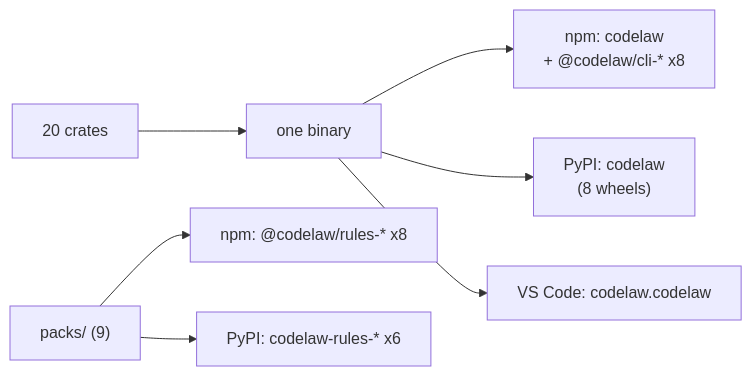
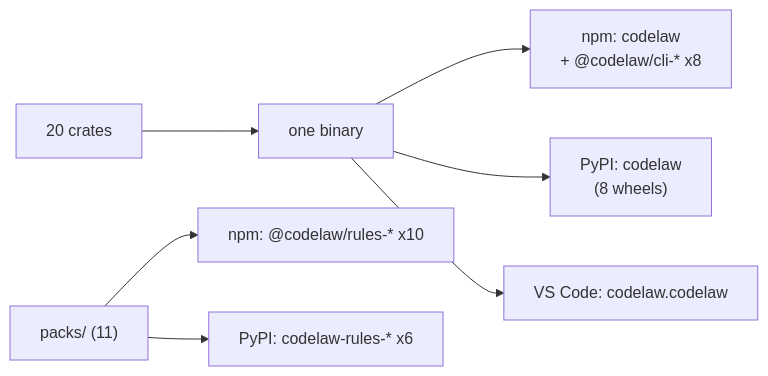
One commit to arpitarya/codelaw changed the diagram in records/0107_packages.md. Above: the diagram before and after it, drawn with Mermaid. The commit also changed other lines of this file and 60 other files, not shown here.

First line of the commit message:
W-32: tanstack-query and redux-toolkit packs, npm only; W-24: CHANGELOG names W-18, W-19, W-24

````diff
--- a/records/0107_packages.md
+++ b/records/0107_packages.md
@@ -46,9 +46,9 @@
 ```mermaid
 flowchart LR
     W["20 crates"] --> B["one binary"]
     B --> N["npm: codelaw<br/>+ @codelaw/cli-* x8"]
     B --> P["PyPI: codelaw<br/>(8 wheels)"]
     B --> V["VS Code: codelaw.codelaw"]
-    R["packs/ (9)"] --> NR["npm: @codelaw/rules-* x8"]
+    R["packs/ (11)"] --> NR["npm: @codelaw/rules-* x10"]
     R --> PR["PyPI: codelaw-rules-* x6"]
 ```
````
